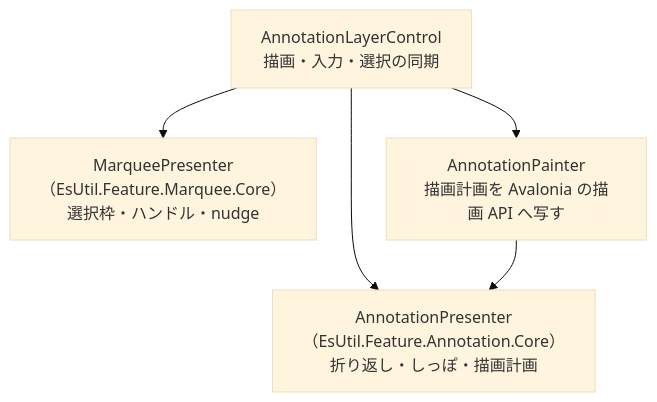
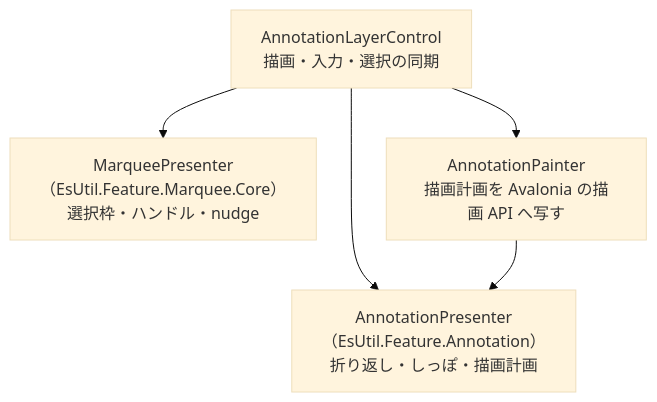
One commit to tomokuni/EsUtil changed the diagram in EsUtil.Ui.AvaloniaUI/Annotation/docs/SPEC_System.md. Above: the diagram before and after it, drawn with Mermaid (base theme). The commit also changed other lines of this file and 192 other files, not shown here.

````diff
--- a/EsUtil.Ui.AvaloniaUI/Annotation/docs/SPEC_System.md
+++ b/EsUtil.Ui.AvaloniaUI/Annotation/docs/SPEC_System.md
@@ -36,11 +36,11 @@
 ```mermaid
 flowchart TB
     LC["AnnotationLayerControl<br/>描画・入力・選択の同期"]
     MP["MarqueePresenter（EsUtil.Feature.Marquee.Core）<br/>選択枠・ハンドル・nudge"]
-    AP["AnnotationPresenter（EsUtil.Feature.Annotation.Core）<br/>折り返し・しっぽ・描画計画"]
+    AP["AnnotationPresenter（EsUtil.Feature.Annotation）<br/>折り返し・しっぽ・描画計画"]
     PT["AnnotationPainter<br/>描画計画を Avalonia の描画 API へ写す"]
     LC --> MP
     LC --> AP
     LC --> PT
     PT --> AP
 ```
````
